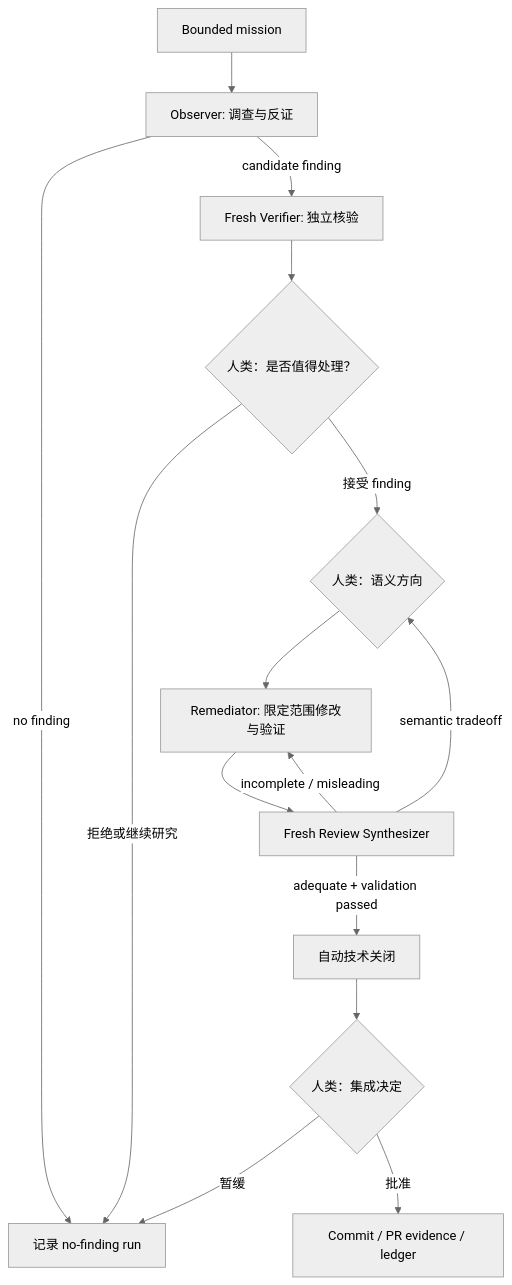
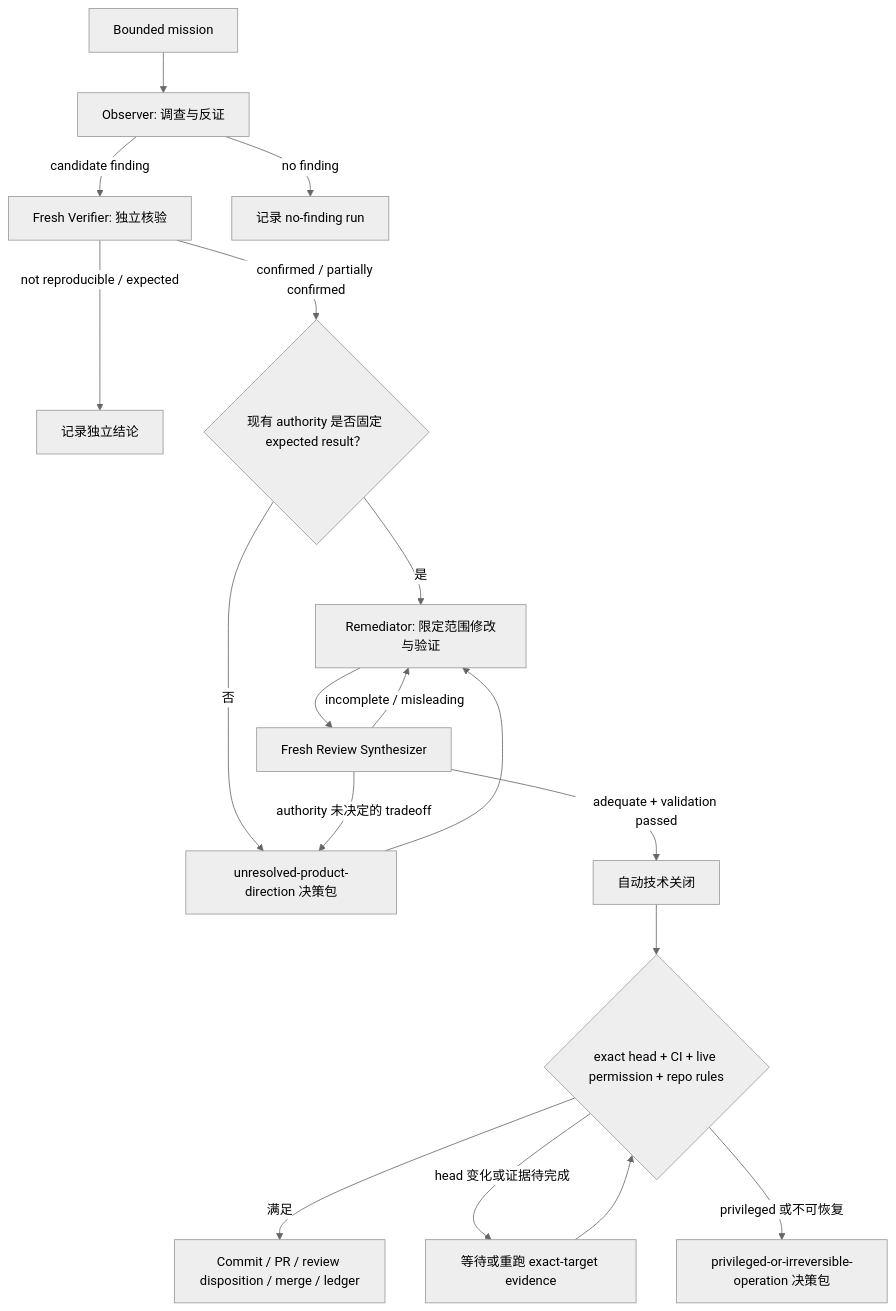
Before and after one commit to Proto-UI/Proto-UI: the diagram in internal/autonomous-maintenance/phase-0/TUTORIAL.zh-CN.md, drawn with Mermaid (neutral theme). The commit also changed other lines of this file and 151 other files, not shown here.

````diff
--- a/internal/autonomous-maintenance/phase-0/TUTORIAL.zh-CN.md
+++ b/internal/autonomous-maintenance/phase-0/TUTORIAL.zh-CN.md
@@ -35,17 +35,20 @@
 ```mermaid
 flowchart TD
   M["Bounded mission"] --> O["Observer: 调查与反证"]
   O -->|candidate finding| V["Fresh Verifier: 独立核验"]
-  O -->|no finding| L["记录 no-finding run"]
-  V --> D{"人类：是否值得处理？"}
-  D -->|拒绝或继续研究| L
-  D -->|接受 finding| S{"人类：语义方向"}
-  S --> R["Remediator: 限定范围修改与验证"]
+  O -->|no finding| N["记录 no-finding run"]
+  V -->|not reproducible / expected| L["记录独立结论"]
+  V -->|confirmed / partially confirmed| A{"现有 authority 是否固定 expected result？"}
+  A -->|是| R["Remediator: 限定范围修改与验证"]
+  A -->|否| S["unresolved-product-direction 决策包"]
+  S --> R
   R --> Q["Fresh Review Synthesizer"]
   Q -->|incomplete / misleading| R
-  Q -->|semantic tradeoff| S
+  Q -->|authority 未决定的 tradeoff| S
   Q -->|adequate + validation passed| C["自动技术关闭"]
-  C --> I{"人类：集成决定"}
-  I -->|批准| G["Commit / PR evidence / ledger"]
-  I -->|暂缓| L
+  C --> I{"exact head + CI + live permission + repo rules"}
+  I -->|满足| G["Commit / PR / review disposition / merge / ledger"]
+  I -->|head 变化或证据待完成| W["等待或重跑 exact-target evidence"]
+  W --> I
+  I -->|privileged 或不可恢复| P["privileged-or-irreversible-operation 决策包"]
 ```
````
